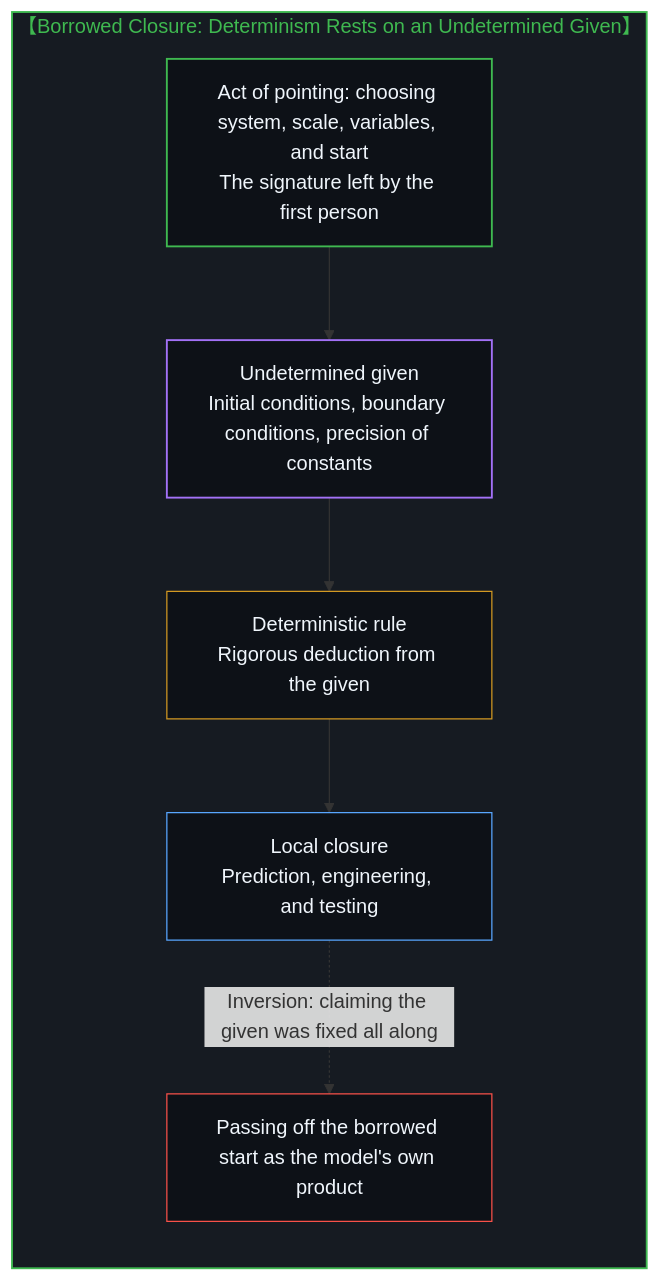
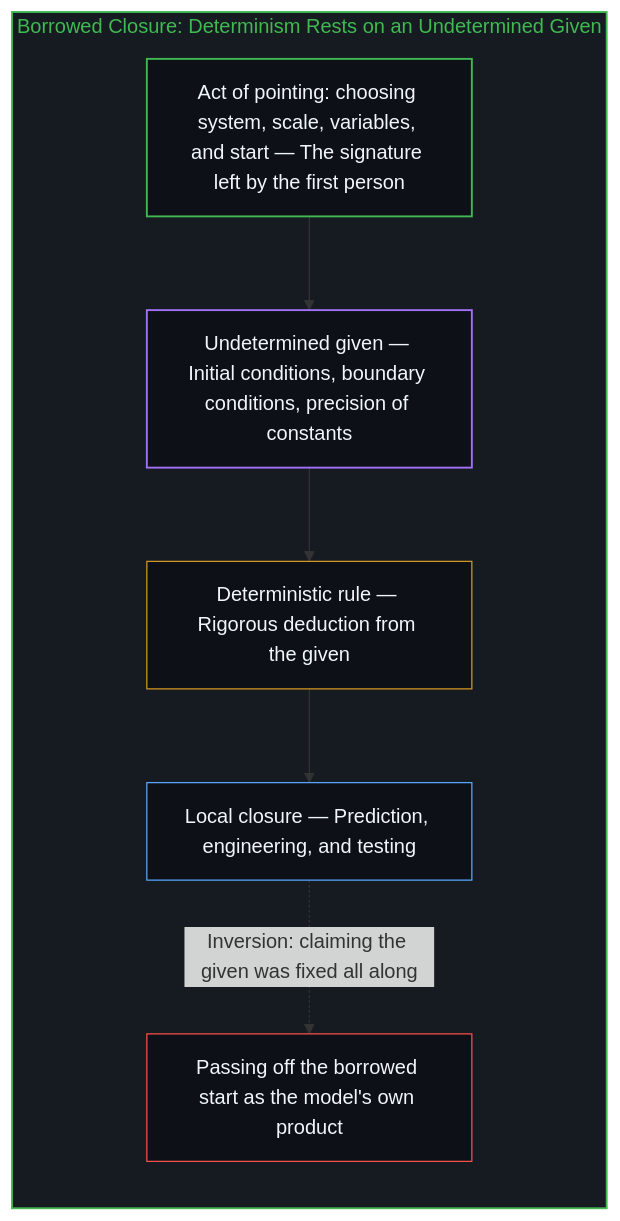
Before and after one commit to powerpig99/not-a-toe: the tenth of 10 diagrams in content/posts/fixed-by-nothing.md, drawn with Mermaid. The commit also changed other lines of this file and 3 other files, not shown here.

````diff
--- a/content/posts/fixed-by-nothing.md
+++ b/content/posts/fixed-by-nothing.md
@@ -244,16 +244,16 @@
 ```mermaid
-graph TD
-    subgraph S_BorrowedClosure_EN ["【Borrowed Closure: Determinism Rests on an Undetermined Given】"]
+flowchart TD
+    subgraph S_BorrowedClosure ["Borrowed Closure: Determinism Rests on an Undetermined Given"]
         direction TB
-        GE1["Act of pointing: choosing system, scale, variables, and start<br/>The signature left by the first person"] --> GE2["Undetermined given<br/>Initial conditions, boundary conditions, precision of constants"]
-        GE2 --> GE3["Deterministic rule<br/>Rigorous deduction from the given"]
-        GE3 --> GE4["Local closure<br/>Prediction, engineering, and testing"]
-        GE4 -. "Inversion: claiming the given was fixed all along" .-> GE5["Passing off the borrowed start as the model's own product"]
+        G1["Act of pointing: choosing system, scale, variables, and start — The signature left by the first person"] --> G2["Undetermined given — Initial conditions, boundary conditions, precision of constants"]
+        G2 --> G3["Deterministic rule — Rigorous deduction from the given"]
+        G3 --> G4["Local closure — Prediction, engineering, and testing"]
+        G4 -. "Inversion: claiming the given was fixed all along" .-> G5["Passing off the borrowed start as the model's own product"]
     end
-    style S_BorrowedClosure_EN fill:#161b22,stroke:#3fb950,stroke-width:1.5px,color:#3fb950
-    style GE1 fill:#0d1117,stroke:#3fb950,stroke-width:1.5px,color:#f0f6fc
-    style GE2 fill:#0d1117,stroke:#a371f7,stroke-width:1.5px,color:#f0f6fc
-    style GE3 fill:#0d1117,stroke:#d29922,stroke-width:1px,color:#f0f6fc
-    style GE4 fill:#0d1117,stroke:#58a6ff,stroke-width:1px,color:#f0f6fc
-    style GE5 fill:#0d1117,stroke:#f85149,stroke-width:1px,color:#f0f6fc
+    style S_BorrowedClosure fill:#161b22,stroke:#3fb950,stroke-width:1.5px,color:#3fb950
+    style G1 fill:#0d1117,stroke:#3fb950,stroke-width:1.5px,color:#f0f6fc
+    style G2 fill:#0d1117,stroke:#a371f7,stroke-width:1.5px,color:#f0f6fc
+    style G3 fill:#0d1117,stroke:#d29922,stroke-width:1px,color:#f0f6fc
+    style G4 fill:#0d1117,stroke:#58a6ff,stroke-width:1px,color:#f0f6fc
+    style G5 fill:#0d1117,stroke:#f85149,stroke-width:1px,color:#f0f6fc
 ```
````
